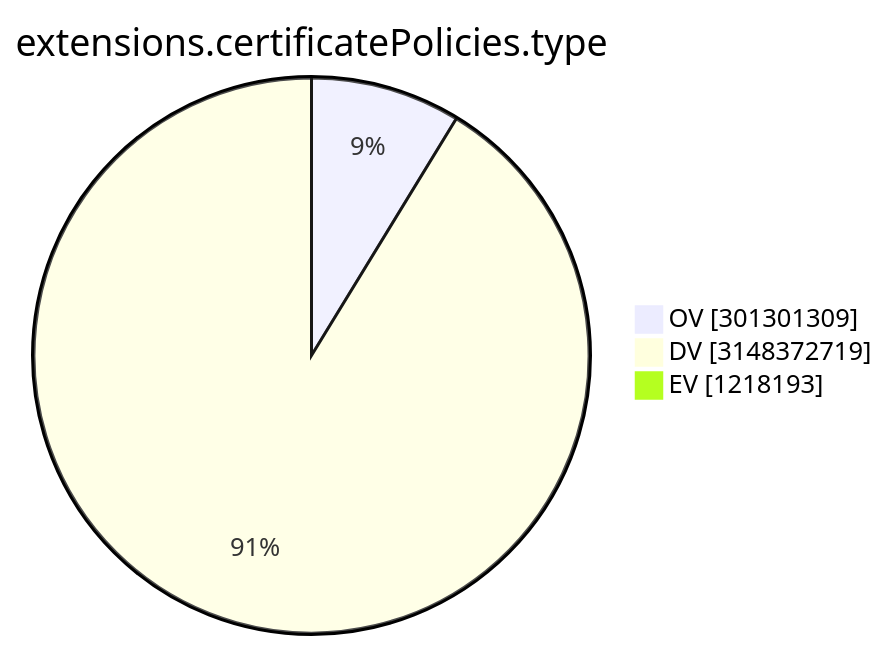
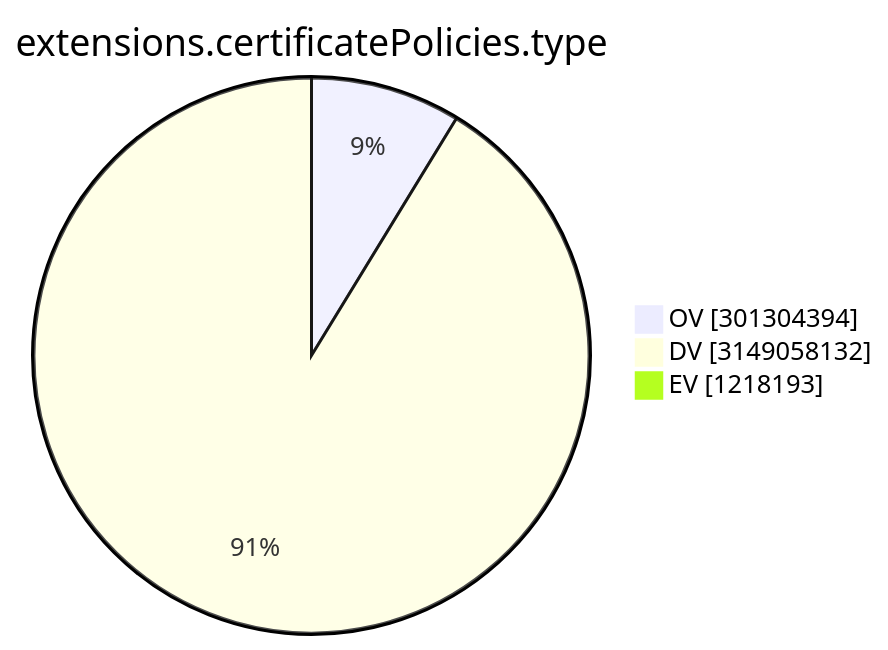
The ninth of 15 diagrams in TOTAL/README.md (christiankrug/ctmonitor_visualization), drawn with Mermaid before and after one commit. The commit also changed other lines of this file, not shown here.

````diff
--- a/TOTAL/README.md
+++ b/TOTAL/README.md
@@ -3105,7 +3105,7 @@
 ```mermaid
 pie showData
 title extensions.certificatePolicies.type
-"OV" :301301309
-"DV" :3148372719
+"OV" :301304394
+"DV" :3149058132
 "EV" :1218193
 ```
````
